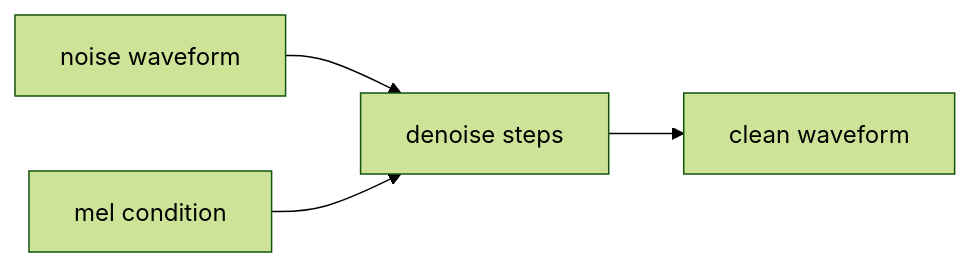
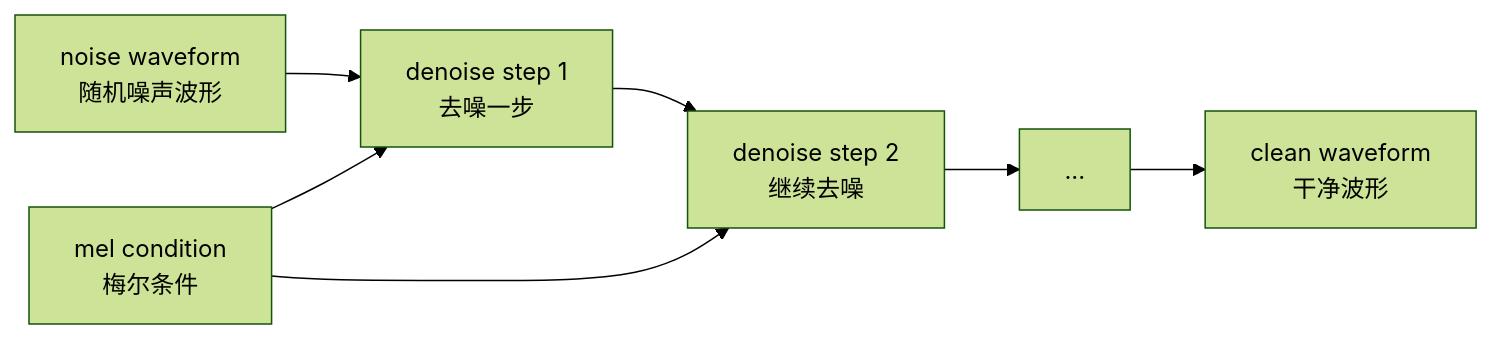
One commit to dugenkui03/OmniVoice changed the fourth of 4 diagrams in books/chapter09_Vocoder与波形生成.md. Above: the diagram before and after it, drawn with Mermaid (forest theme). The commit also changed other lines of this file and 29 other files, not shown here.

Commit message:
Refine OmniVoice TTS learning book and add chapter diagrams

````diff
--- a/books/chapter09_Vocoder与波形生成.md
+++ b/books/chapter09_Vocoder与波形生成.md
@@ -49,6 +173,9 @@
 ```mermaid
 flowchart LR
-    A["noise waveform"] --> B["denoise steps"]
-    C["mel condition"] --> B
-    B --> D["clean waveform"]
+    A["noise waveform<br/>随机噪声波形"] --> B["denoise step 1<br/>去噪一步"]
+    B --> C["denoise step 2<br/>继续去噪"]
+    C --> D["..."]
+    D --> E["clean waveform<br/>干净波形"]
+    F["mel condition<br/>梅尔条件"] --> B
+    F --> C
 ```
````
